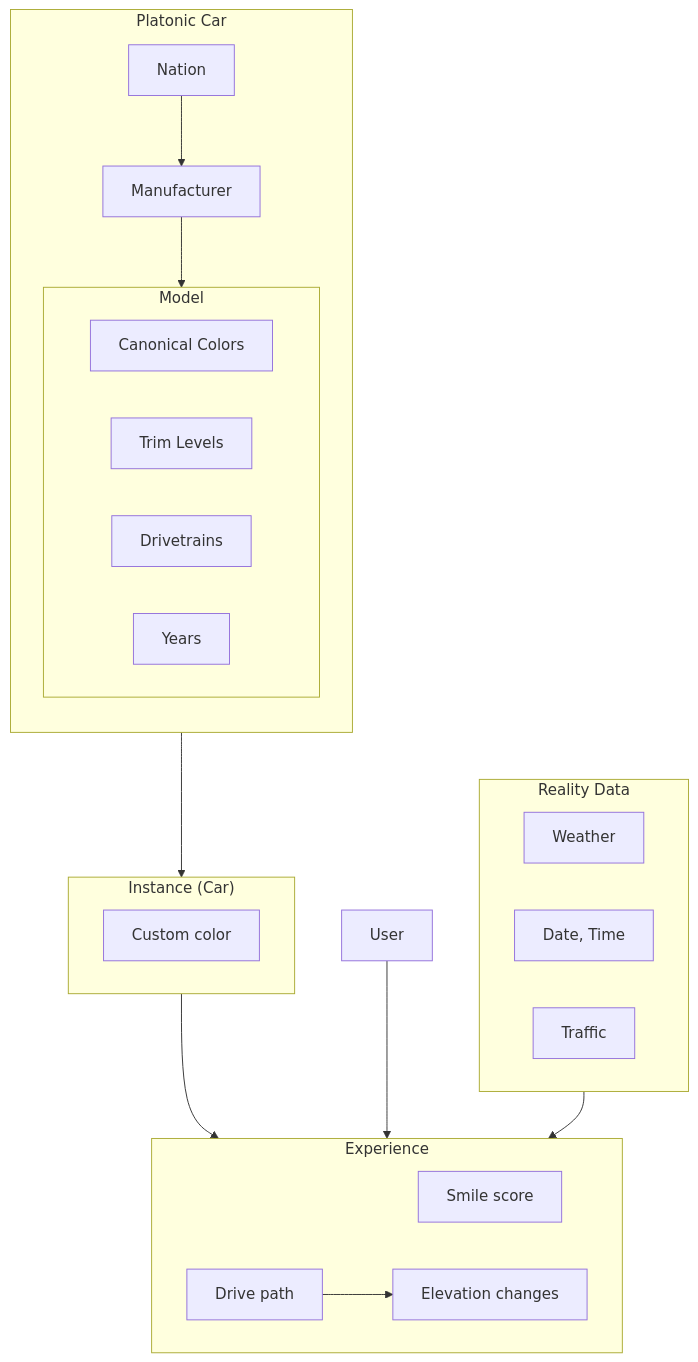
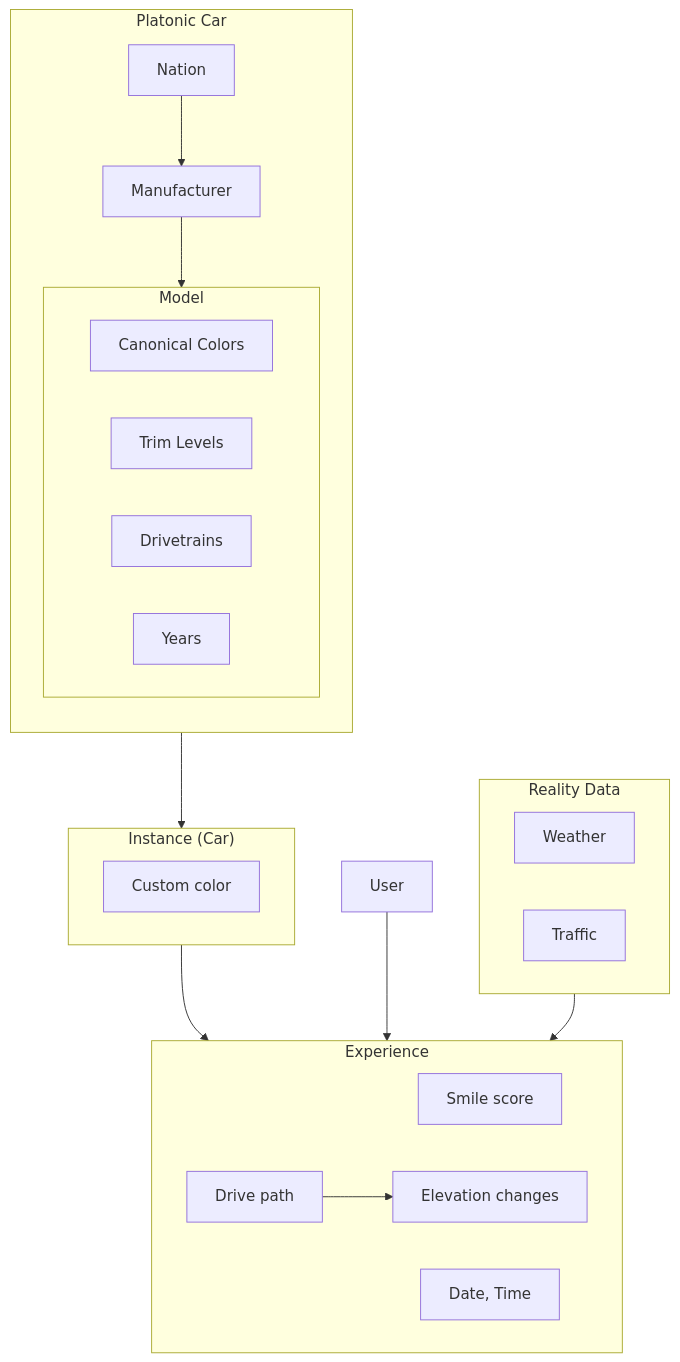
One commit to UUeird/dyno changed the diagram in docs/product.md. Above: the diagram before and after it, drawn with Mermaid. The commit also changed other lines of this file, not shown here.

Commit message:
Move Date, Time into Experience group

````diff
--- a/docs/product.md
+++ b/docs/product.md
@@ -7,30 +7,30 @@
 ```mermaid
 flowchart TD
     subgraph PlatonicCar["Platonic Car"]
         direction TD
         Nation --> Manufacturer --> Model
         subgraph Model["Model"]
             CanonicalColors["Canonical Colors"]
             Trim["Trim Levels"]
             Drivetrain["Drivetrains"]
             Year["Years"]
         end
     end
     subgraph Instance["Instance (Car)"]
         CustomColor["Custom color"]
     end
     PlatonicCar --> Instance
     subgraph Experience["Experience"]
         SmileScore["Smile score"]
         DrivePath["Drive path"] --> Elevation["Elevation changes"]
+        DateTime["Date, Time"]
     end
     Instance --> Experience
     User --> Experience
 
     subgraph RealityData["Reality Data"]
         Weather
-        DateTime["Date, Time"]
         Traffic
     end
     RealityData --> Experience
 ```
````
